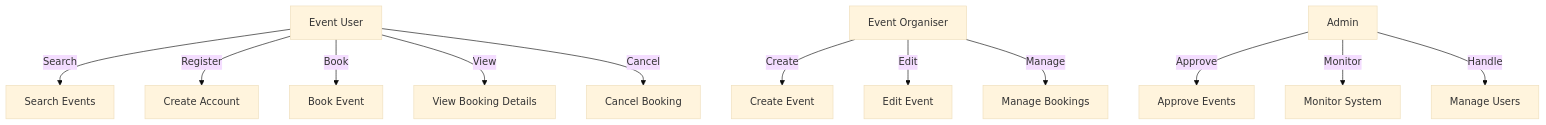
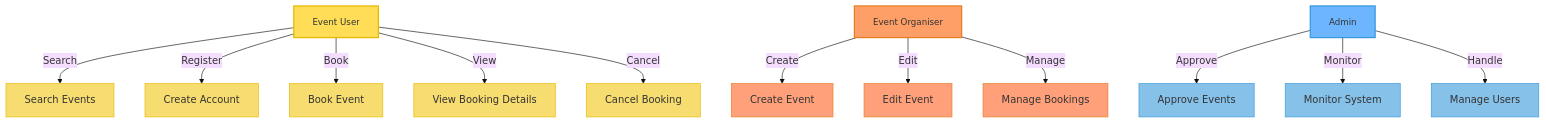
The diagram in USE-CASE-DIAGRAM.md (celeste-smith/event-booking-system), drawn with Mermaid (base theme) before and after one commit. The commit also changed other lines of this file, not shown here.

Commit message:
Update USE-CASE-DIAGRAM.md
2nd update

````diff
--- a/USE-CASE-DIAGRAM.md
+++ b/USE-CASE-DIAGRAM.md
@@ -4,16 +4,35 @@
 ```mermaid
 graph TD;
     A[Event User] -->|Search| B[Search Events];
     A -->|Register| C[Create Account];
     A -->|Book| D[Book Event];
     A -->|View| E[View Booking Details];
     A -->|Cancel| F[Cancel Booking];
     
     G[Event Organiser] -->|Create| H[Create Event];
     G -->|Edit| I[Edit Event];
     G -->|Manage| J[Manage Bookings];
     
     K[Admin] -->|Approve| L[Approve Events];
     K -->|Monitor| M[Monitor System];
     K -->|Handle| N[Manage Users];
+
+    %% Styling
+    style A fill:#FFDD57,stroke:#E6B800,stroke-width:2px,font-size:14px;
+    style G fill:#FF9F68,stroke:#E67E22,stroke-width:2px,font-size:14px;
+    style K fill:#6EB5FF,stroke:#3498DB,stroke-width:2px,font-size:14px;
+
+    style B fill:#F7DC6F,stroke:#E6B800;
+    style C fill:#F7DC6F,stroke:#E6B800;
+    style D fill:#F7DC6F,stroke:#E6B800;
+    style E fill:#F7DC6F,stroke:#E6B800;
+    style F fill:#F7DC6F,stroke:#E6B800;
+
+    style H fill:#FFA07A,stroke:#E67E22;
+    style I fill:#FFA07A,stroke:#E67E22;
+    style J fill:#FFA07A,stroke:#E67E22;
+
+    style L fill:#85C1E9,stroke:#3498DB;
+    style M fill:#85C1E9,stroke:#3498DB;
+    style N fill:#85C1E9,stroke:#3498DB;
 ```
````
